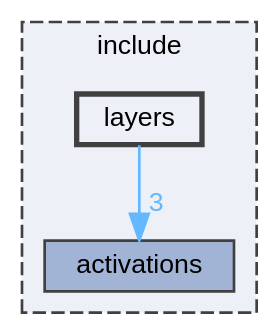
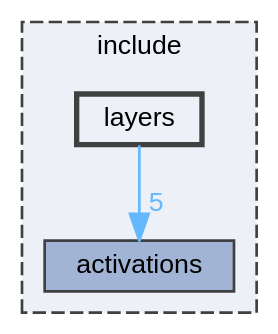
The diagram in dir_60b85c829bff656fa9381b606f5c0bf1_dep.dot (Nalin-Angrish/FlexNN), drawn with Graphviz before and after one commit. The commit also changed 99 other files, not shown here.

```diff
--- a/dir_60b85c829bff656fa9381b606f5c0bf1_dep.dot
+++ b/dir_60b85c829bff656fa9381b606f5c0bf1_dep.dot
@@ -1,14 +1,14 @@
 digraph "include/layers"
 {
  // LATEX_PDF_SIZE
   bgcolor="transparent";
   edge [fontname=Helvetica,fontsize=10,labelfontname=Helvetica,labelfontsize=10];
   node [fontname=Helvetica,fontsize=10,shape=box,height=0.2,width=0.4];
   compound=true
   subgraph clusterdir_d44c64559bbebec7f509842c48db8b23 {
     graph [ bgcolor="#edf0f7", pencolor="grey25", label="include", fontname=Helvetica,fontsize=10 style="filled,dashed", URL="dir_d44c64559bbebec7f509842c48db8b23.html",tooltip=""]
   dir_5085178e55206e1ee567ca89c87e6782 [label="activations", fillcolor="#a2b4d6", color="grey25", style="filled", URL="dir_5085178e55206e1ee567ca89c87e6782.html",tooltip=""];
   dir_60b85c829bff656fa9381b606f5c0bf1 [label="layers", fillcolor="#edf0f7", color="grey25", style="filled,bold", URL="dir_60b85c829bff656fa9381b606f5c0bf1.html",tooltip=""];
   }
-  dir_60b85c829bff656fa9381b606f5c0bf1->dir_5085178e55206e1ee567ca89c87e6782 [headlabel="3", labeldistance=1.5 headhref="dir_000003_000000.html" href="dir_000003_000000.html" color="steelblue1" fontcolor="steelblue1"];
+  dir_60b85c829bff656fa9381b606f5c0bf1->dir_5085178e55206e1ee567ca89c87e6782 [headlabel="5", labeldistance=1.5 headhref="dir_000003_000000.html" href="dir_000003_000000.html" color="steelblue1" fontcolor="steelblue1"];
 }
```
